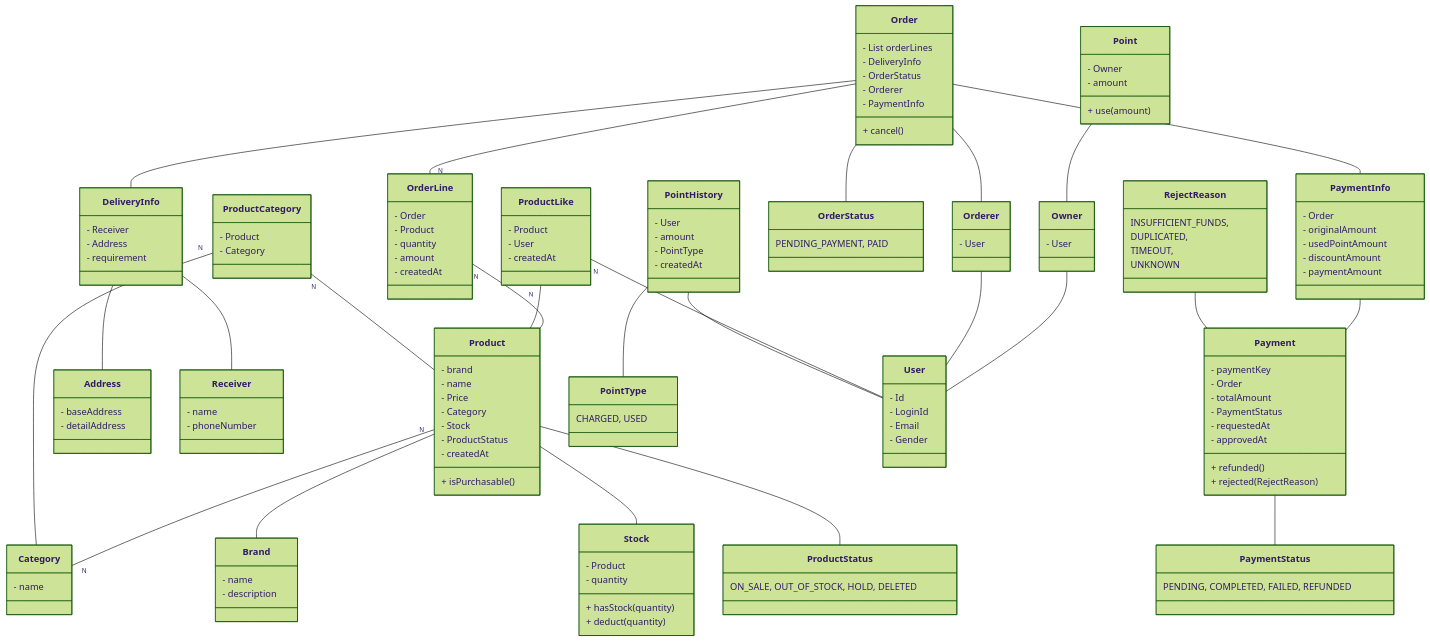
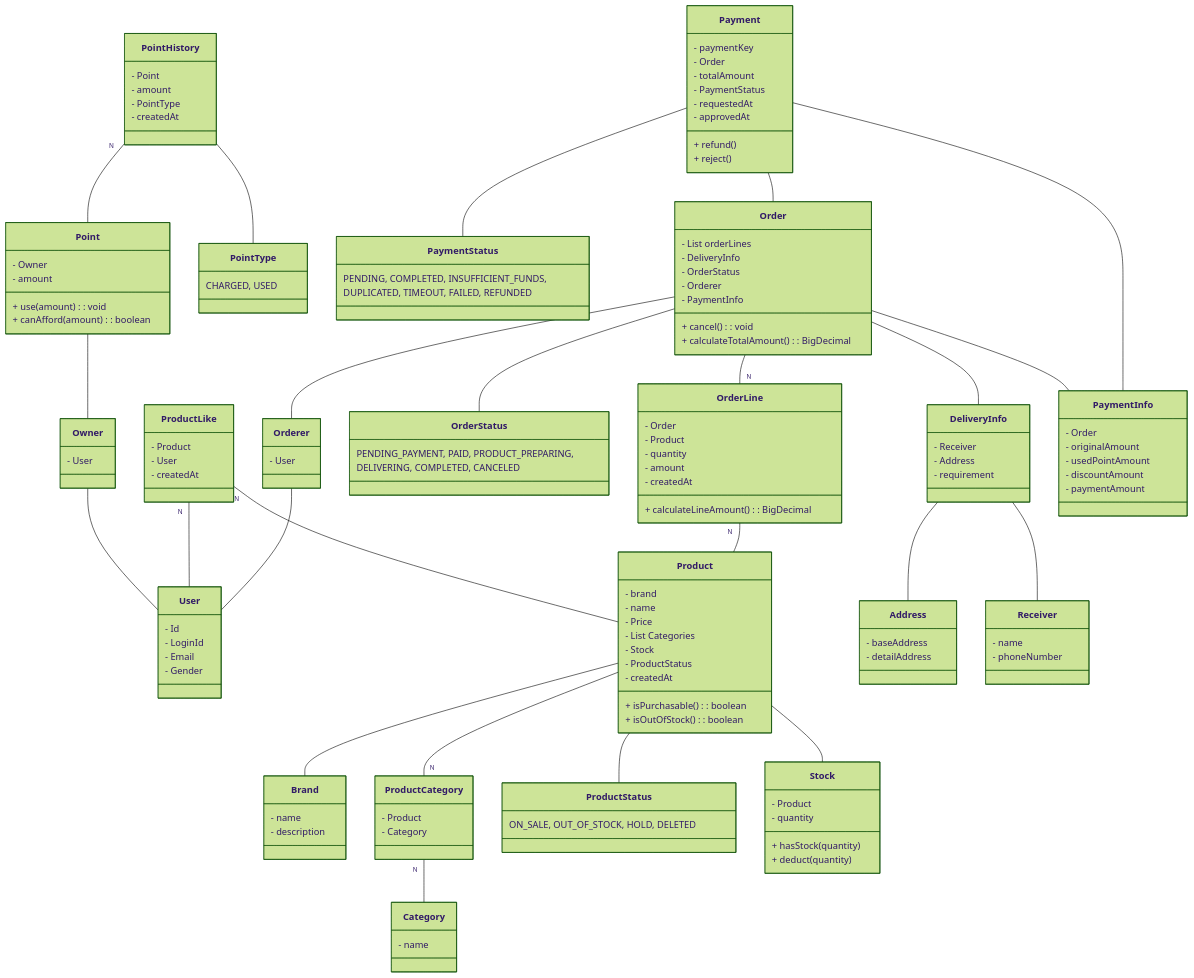
One commit to hgh1472/loopers changed the diagram in docs/design/03-class-diagrams.md. Above: the diagram before and after it, drawn with Mermaid (forest theme). The commit also changed other lines of this file and 3 other files, not shown here.

````diff
--- a/docs/design/03-class-diagrams.md
+++ b/docs/design/03-class-diagrams.md
@@ -1,170 +4,156 @@
 ```mermaid
 classDiagram
-  class Product {
-    - brand
-    - name
-    - Price
-    - Category
-    - Stock
-    - ProductStatus
-    - createdAt
-    + isPurchasable()
-  }
-  
-  class ProductStatus {
-    ON_SALE, OUT_OF_STOCK, HOLD, DELETED
-  }
-  
-  class Stock {
-    - Product
-    - quantity
-    + hasStock(quantity)
-    + deduct(quantity)
-  }
-  
-  class Category {
-    - name
-  }
-  
-  class ProductCategory {
-    - Product
-    - Category
-  }
-  
-  class Brand {
-    - name
-    - description
-  }
-  
-  class ProductLike {
-    - Product
-    - User
-    - createdAt
-  }
-  
-  class OrderLine {
-    - Order
-    - Product
-    - quantity
-    - amount
-    - createdAt
-  }
-  
-  class Order {
-    - List<OrderLine> orderLines
-    - DeliveryInfo
-    - OrderStatus
-    - Orderer
-    - PaymentInfo
-    + cancel()
-  }
-  
-  class PaymentInfo {
-    - Order
-    - originalAmount
-    - usedPointAmount
-    - discountAmount
-    - paymentAmount
-  }
-  
-  class DeliveryInfo {
-    - Receiver
-    - Address
-    - requirement
-  }
-  
-  class Address {
-    - baseAddress
-    - detailAddress
-  }
-  
-  class Receiver {
-    - name
-    - phoneNumber
-  }
-  
-  class OrderStatus {
-    PENDING_PAYMENT, PAID
-  }
-  
-  class Payment {
-    - paymentKey
-    - Order
-    - totalAmount
-    - PaymentStatus
-    - requestedAt
-    - approvedAt
-    + refunded()
-    + rejected(RejectReason)
-  }
-  
-  class PaymentStatus {
-    PENDING, COMPLETED, FAILED, REFUNDED
-  }
-  
-  class RejectReason {
-    INSUFFICIENT_FUNDS,
-    DUPLICATED,
-    TIMEOUT,
-    UNKNOWN
-  }
-  
-  class Orderer {
-    - User
-  }
-  
-  
-  class Point {
-    - Owner
-    - amount
-    + use(amount)
-  }
-  
-  class PointHistory {
-    - User
-    - amount
-    - PointType
-    - createdAt
-  }
-  
-  class PointType {
-    CHARGED, USED
-  }
-  
-  class Owner {
-    - User
-  }
-  
-  class User {
-    - Id
-    - LoginId
-    - Email
-    - Gender
-  }
-  
-  Product "N" -- Brand
-  Product -- "N" Category
-  Product -- Stock
-  Product -- ProductStatus
-  OrderLine "N" -- Product
-  Order -- "N" OrderLine
-  Order -- OrderStatus
-  ProductLike "N" -- Product
-  Point -- Owner
-  Owner -- User
-  Order -- Orderer
-  Orderer -- User
-  Order -- DeliveryInfo
-  DeliveryInfo -- Receiver
-  DeliveryInfo -- Address
-  ProductLike "N" -- User
-  Order -- PaymentInfo
-  PaymentInfo -- Payment
-  Payment -- PaymentStatus
-  RejectReason -- Payment
-  ProductCategory "N" -- Product
-  ProductCategory "N" -- Category
-  PointHistory -- User
-  PointHistory -- PointType
-  
+    %% 사용자 및 포인트 관련
+    class User {
+        - Id
+        - LoginId
+        - Email
+        - Gender
+    }
+    class Owner {
+        - User
+    }
+    class Point {
+        - Owner
+        - amount
+        + use(amount) : void
+        + canAfford(amount) : boolean
+    }
+    class PointHistory {
+        - Point
+        - amount
+        - PointType
+        - createdAt
+    }
+    class PointType {
+        CHARGED, USED
+    }
+
+    %% 상품 관련
+    class Brand {
+        - name
+        - description
+    }
+    class Category {
+        - name
+    }
+    class ProductCategory {
+        - Product
+        - Category
+    }
+    class ProductStatus {
+        ON_SALE, OUT_OF_STOCK, HOLD, DELETED
+    }
+    class Stock {
+        - Product
+        - quantity
+        + hasStock(quantity)
+        + deduct(quantity)
+    }
+    class Product {
+        - brand
+        - name
+        - Price
+        - List Categories
+        - Stock
+        - ProductStatus
+        - createdAt
+        + isPurchasable() : boolean
+        + isOutOfStock() : boolean
+    }
+    class ProductLike {
+        - Product
+        - User
+        - createdAt
+    }
+
+    %% 주문 및 결제 관련
+    class Orderer {
+        - User
+    }
+    class OrderStatus {
+        PENDING_PAYMENT, PAID, PRODUCT_PREPARING,
+        DELIVERING, COMPLETED, CANCELED
+    }
+    class OrderLine {
+        - Order
+        - Product
+        - quantity
+        - amount
+        - createdAt
+        + calculateLineAmount() : BigDecimal
+    }
+    class Address {
+        - baseAddress
+        - detailAddress
+    }
+    class Receiver {
+        - name
+        - phoneNumber
+    }
+    class DeliveryInfo {
+        - Receiver
+        - Address
+        - requirement
+    }
+    class PaymentStatus {
+        PENDING, COMPLETED, INSUFFICIENT_FUNDS,
+        DUPLICATED, TIMEOUT, FAILED, REFUNDED
+    }
+    class Payment {
+        - paymentKey
+        - Order
+        - totalAmount
+        - PaymentStatus
+        - requestedAt
+        - approvedAt
+        + refund()
+        + reject()
+    }
+    class PaymentInfo {
+        - Order
+        - originalAmount
+        - usedPointAmount
+        - discountAmount
+        - paymentAmount
+    }
+    class Order {
+        - List<OrderLine> orderLines
+        - DeliveryInfo
+        - OrderStatus
+        - Orderer
+        - PaymentInfo
+        + cancel() : void
+        + calculateTotalAmount() : BigDecimal
+    }
+
+    %% 관계 정의
+    Owner -- User
+    Point -- Owner
+    PointHistory "N" -- Point
+    PointHistory -- PointType
+
+    Product -- Brand
+    Product -- "N" ProductCategory
+    ProductCategory "N" -- Category
+    Product -- Stock
+    Product -- ProductStatus
+    ProductLike "N" -- Product
+    ProductLike "N" -- User
+
+    Orderer -- User
+    Order -- Orderer
+    Order -- "N" OrderLine
+    Order -- OrderStatus
+    Order -- DeliveryInfo
+    Order -- PaymentInfo
+    OrderLine "N" -- Product
+
+    DeliveryInfo -- Receiver
+    DeliveryInfo -- Address
+
+    PaymentInfo -- Payment
+    Payment -- PaymentStatus
+    Payment -- Order
+    
 ```
````
